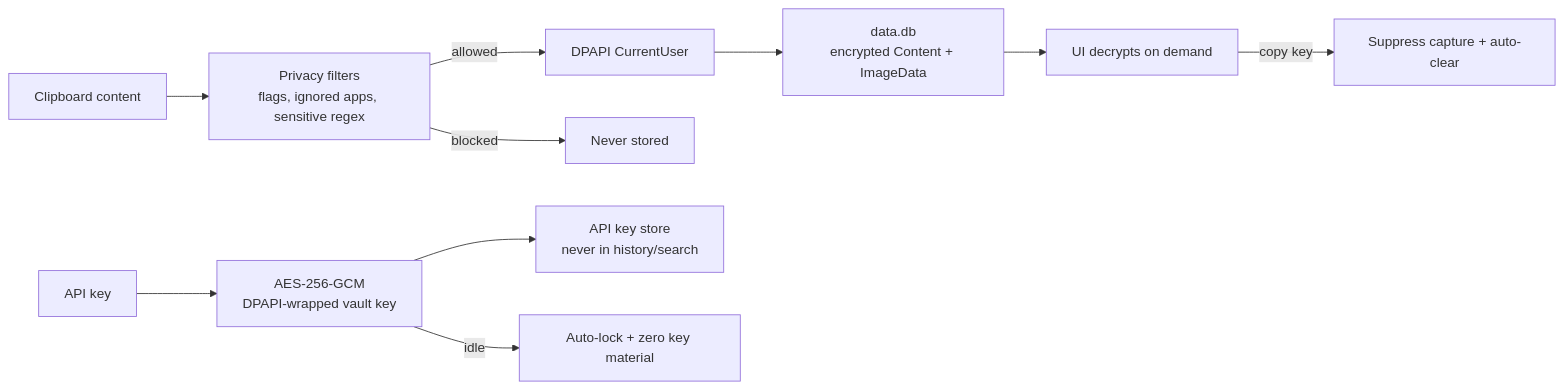
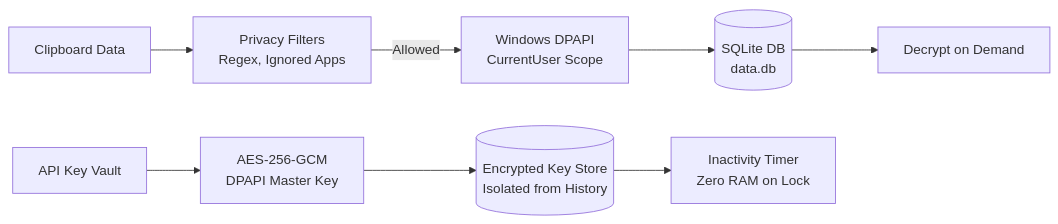
Before and after one commit to Mostakim2005/clipboard-manager: the fifth of 6 diagrams in docs/ARCHITECTURE.md, drawn with Mermaid. The commit also changed other lines of this file and 9 other files, not shown here.

````diff
--- a/docs/ARCHITECTURE.md
+++ b/docs/ARCHITECTURE.md
@@ -201,12 +241,10 @@
 ```mermaid
 flowchart LR
-    Clip["Clipboard content"] --> Privacy["Privacy filters<br/>flags, ignored apps, sensitive regex"]
-    Privacy -->|allowed| DPAPI["DPAPI CurrentUser"]
-    Privacy -->|blocked| Drop["Never stored"]
-    DPAPI --> DB["data.db<br/>encrypted Content + ImageData"]
-    DB --> UI["UI decrypts on demand"]
-    Key["API key"] --> Vault["AES-256-GCM<br/>DPAPI-wrapped vault key"]
-    Vault --> KeyDB["API key store<br/>never in history/search"]
-    Vault -->|idle| Lock["Auto-lock + zero key material"]
-    UI -->|copy key| Suppress["Suppress capture + auto-clear"]
+    Clip["Clipboard Data"] --> Privacy["Privacy Filters<br/>Regex, Ignored Apps"]
+    Privacy -->|Allowed| DPAPI["Windows DPAPI<br/>CurrentUser Scope"]
+    DPAPI --> DB[("SQLite DB<br/>data.db")]
+    DB --> UI["Decrypt on Demand"]
+    APIKey["API Key Vault"] --> AES["AES-256-GCM<br/>DPAPI Master Key"]
+    AES --> KeyStore[("Encrypted Key Store<br/>Isolated from History")]
+    KeyStore --> Lock["Inactivity Timer<br/>Zero RAM on Lock"]
 ```
````
